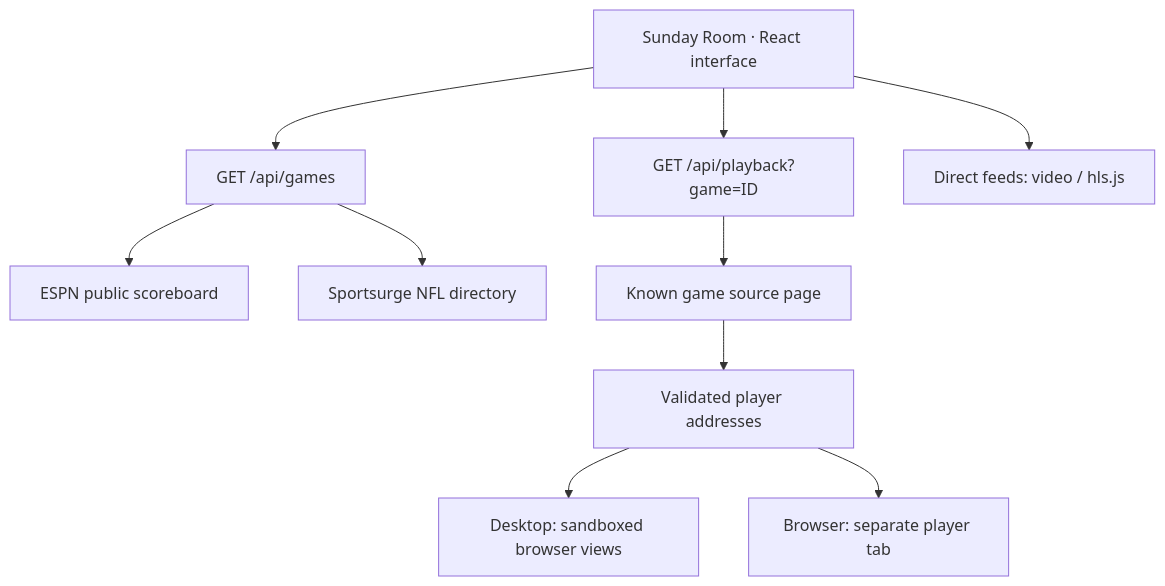
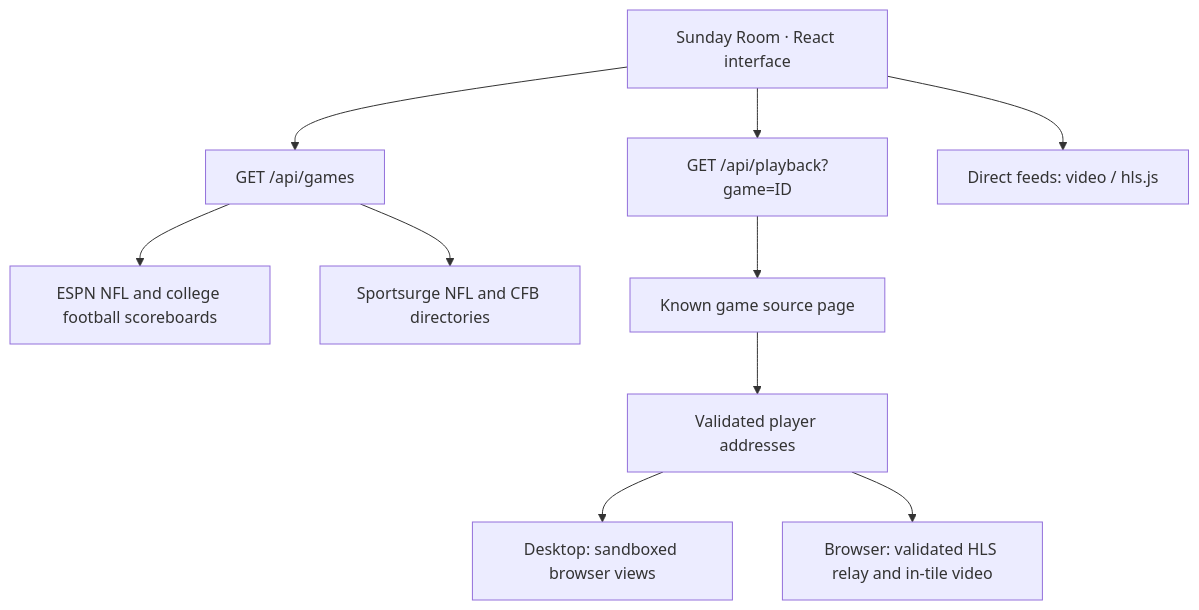
The diagram in README.md (TheDarkSkyXD/Sports-Hub), drawn with Mermaid before and after one commit. The commit also changed other lines of this file and 20 other files, not shown here.

Commit message:
feat(football): add NCAA games and automatic browser playback

````diff
--- a/README.md
+++ b/README.md
@@ -127,12 +128,12 @@
 ```mermaid
 flowchart TD
     UI["Sunday Room · React interface"] --> Games["GET /api/games"]
-    Games --> Scores["ESPN public scoreboard"]
-    Games --> Directory["Sportsurge NFL directory"]
+    Games --> Scores["ESPN NFL and college football scoreboards"]
+    Games --> Directory["Sportsurge NFL and CFB directories"]
     UI --> Resolve["GET /api/playback?game=ID"]
     Resolve --> Page["Known game source page"]
     Page --> Links["Validated player addresses"]
     Links --> Desktop["Desktop: sandboxed browser views"]
-    Links --> Browser["Browser: separate player tab"]
+    Links --> Browser["Browser: validated HLS relay and in-tile video"]
     UI --> Direct["Direct feeds: video / hls.js"]
 ```
````
